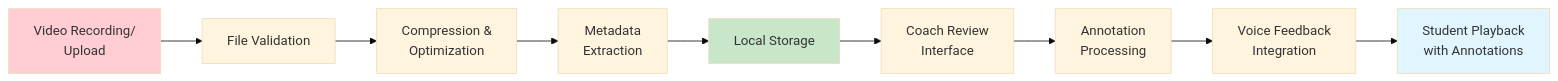
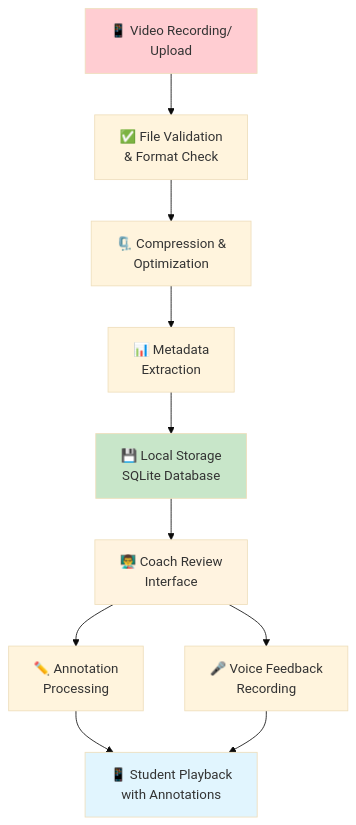
Before and after one commit to rajpatel8/WicketWise: the ninth of 10 diagrams in Documentations/MerMaid.md, drawn with Mermaid (base theme).

````diff
--- a/Documentations/MerMaid.md
+++ b/Documentations/MerMaid.md
@@ -247,15 +247,19 @@
 ```mermaid
-flowchart LR
-    A[Video Recording/<br/>Upload] --> B[File Validation]
-    B --> C[Compression &<br/>Optimization]
-    C --> D[Metadata<br/>Extraction]
-    D --> E[Local Storage]
-    E --> F[Coach Review<br/>Interface]
-    F --> G[Annotation<br/>Processing]
-    G --> H[Voice Feedback<br/>Integration]
-    H --> I[Student Playback<br/>with Annotations]
+flowchart TD
+    A[📱 Video Recording/<br/>Upload] --> B[✅ File Validation<br/>& Format Check]
+    B --> C[🗜️ Compression &<br/>Optimization]
+    C --> D[📊 Metadata<br/>Extraction]
+    D --> E[💾 Local Storage<br/>SQLite Database]
+    
+    E --> F[👨‍🏫 Coach Review<br/>Interface]
+    F --> G[✏️ Annotation<br/>Processing]
+    F --> H[🎤 Voice Feedback<br/>Recording]
+    
+    G --> I[📱 Student Playback<br/>with Annotations]
+    H --> I
     
     style A fill:#ffcdd2
     style E fill:#c8e6c9
     style I fill:#e1f5fe
+    style F fill:#fff3e0
 ```
````
